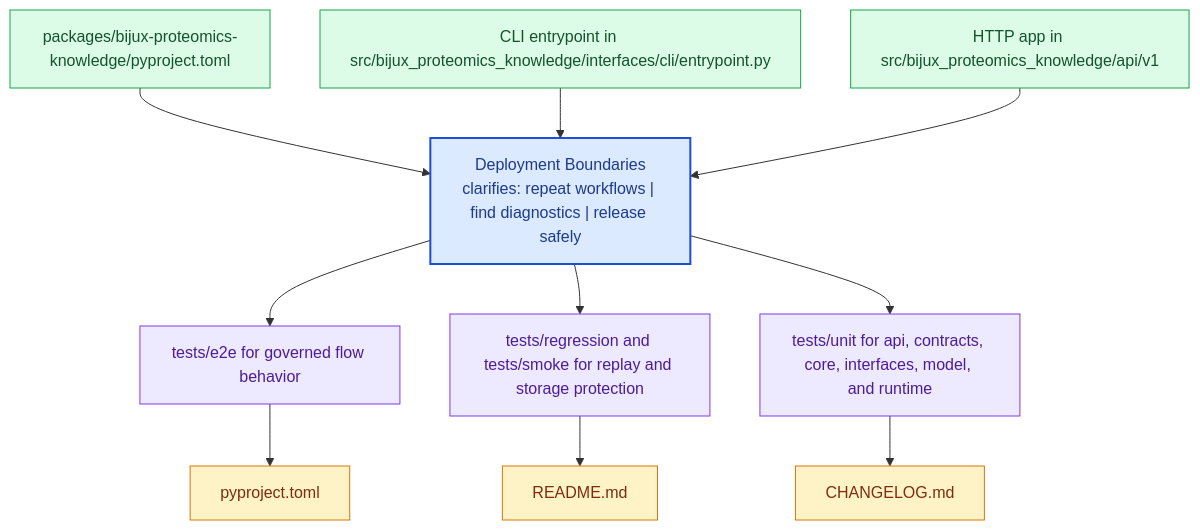
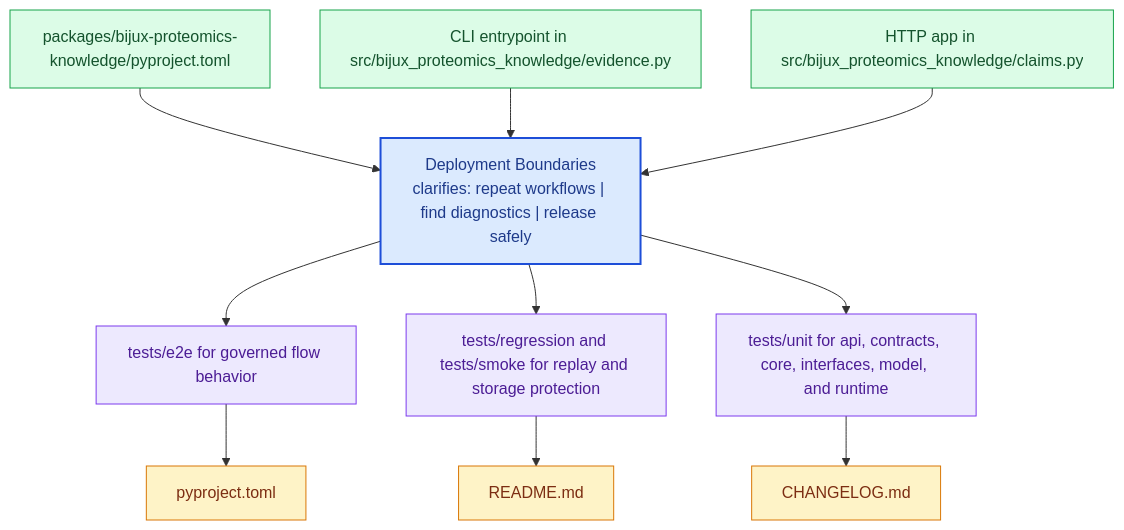
The diagram in docs/bijux-proteomics-knowledge/operations/deployment-boundaries.md (bijux/bijux-proteomics), drawn with Mermaid before and after one commit. The commit also changed 24 other files, not shown here.

Commit message:
docs(bijux-proteomics-knowledge): align handbook with evidence and claim system boundaries

````diff
--- a/docs/bijux-proteomics-knowledge/operations/deployment-boundaries.md
+++ b/docs/bijux-proteomics-knowledge/operations/deployment-boundaries.md
@@ -22,31 +22,31 @@
 ```mermaid
 flowchart TB
     page["Deployment Boundaries<br/>clarifies: repeat workflows | find diagnostics | release safely"]
     classDef page fill:#dbeafe,stroke:#1d4ed8,color:#1e3a8a,stroke-width:2px;
     classDef positive fill:#dcfce7,stroke:#16a34a,color:#14532d;
     classDef caution fill:#fee2e2,stroke:#dc2626,color:#7f1d1d;
     classDef anchor fill:#ede9fe,stroke:#7c3aed,color:#4c1d95;
     classDef action fill:#fef3c7,stroke:#d97706,color:#7c2d12;
     step1["packages/bijux-proteomics-knowledge/pyproject.toml"]
     step1 --> page
-    step2["CLI entrypoint in src/bijux_proteomics_knowledge/interfaces/cli/entrypoint.py"]
+    step2["CLI entrypoint in src/bijux_proteomics_knowledge/evidence.py"]
     step2 --> page
-    step3["HTTP app in src/bijux_proteomics_knowledge/api/v1"]
+    step3["HTTP app in src/bijux_proteomics_knowledge/claims.py"]
     step3 --> page
     run1["tests/e2e for governed flow behavior"]
     page --> run1
     run2["tests/regression and tests/smoke for replay and storage protection"]
     page --> run2
     run3["tests/unit for api, contracts, core, interfaces, model, and runtime"]
     page --> run3
     release1["pyproject.toml"]
     run1 --> release1
     release2["README.md"]
     run2 --> release2
     release3["CHANGELOG.md"]
     run3 --> release3
     class page page;
     class step1,step2,step3 positive;
     class run1,run2,run3 anchor;
     class release1,release2,release3 action;
 ```
````
